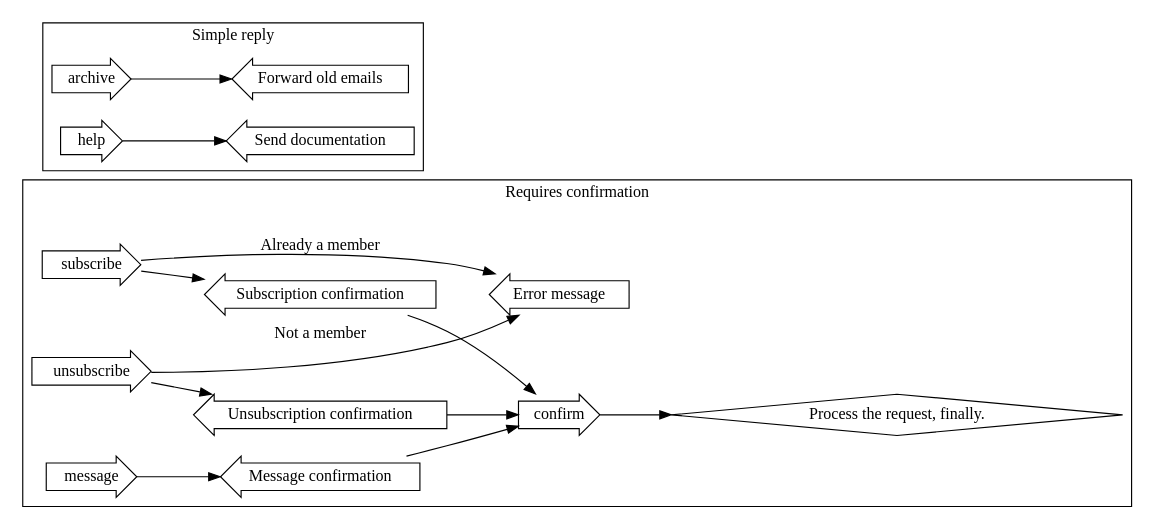
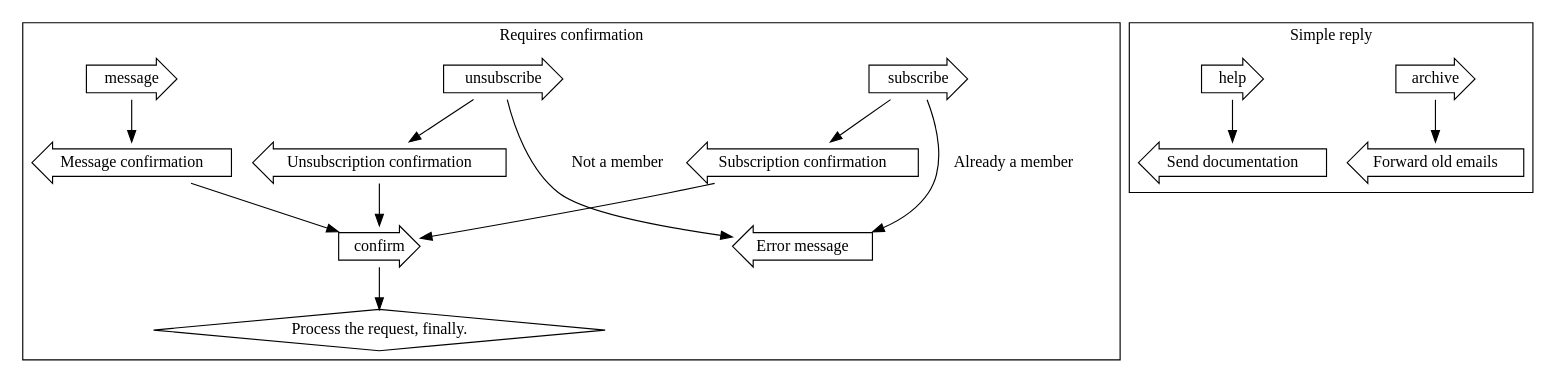
The diagram in docs/flow.dot (tlevine/ypotf), drawn with Graphviz before and after one commit.

Commit message:
Automatic commit with j

```diff
--- a/docs/flow.dot
+++ b/docs/flow.dot
@@ -1,32 +1,31 @@
 digraph ypotf {
-    rankdir=LR
     rank="max"
 
     subscribe, unsubscribe, message, confirm, archive, help [shape=rarrow];
     "Error message", "Subscription confirmation", "Forward old emails",
       "Send documentation", "Unsubscription confirmation",
       "Message confirmation" [shape=larrow];
 
     subgraph cluster_0 {
       label="Requires confirmation";
 
       "Subscription confirmation" -> "Error message" [style=invis];
 
       subscribe -> "Error message" [label="Already a member"];
       subscribe -> "Subscription confirmation" -> confirm;
 
       unsubscribe -> "Error message" [label="Not a member"];
       unsubscribe -> "Unsubscription confirmation" -> confirm;
 
       confirm -> "Process the request, finally.";
       "Process the request, finally." [shape=diamond];
 
       message -> "Message confirmation" -> confirm;
     }
 
     subgraph cluster_1 {
       label="Simple reply";
       archive -> "Forward old emails";
       help -> "Send documentation";
     }
 }
```
